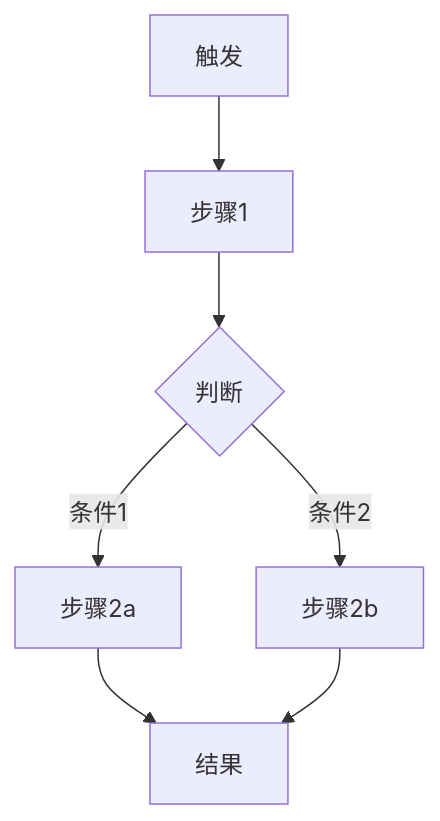
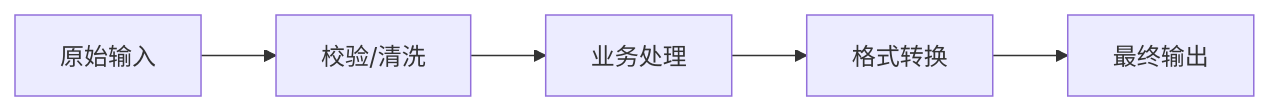
The third of 3 diagrams in mono-skills/code-analyzer/references/flow-template.md (monoyumono7-netizen/peizhi), drawn with Mermaid before and after one commit. The commit also changed other lines of this file and 20 other files, not shown here.

````diff
--- a/mono-skills/code-analyzer/references/flow-template.md
+++ b/mono-skills/code-analyzer/references/flow-template.md
@@ -20,9 +94,7 @@
 ```mermaid
-flowchart TD
-    A[触发] --> B[步骤1]
-    B --> C{判断}
-    C -->|条件1| D[步骤2a]
-    C -->|条件2| E[步骤2b]
-    D --> F[结果]
-    E --> F
+flowchart LR
+    A["原始输入"] --> B["校验/清洗"]
+    B --> C["业务处理"]
+    C --> D["格式转换"]
+    D --> E["最终输出"]
 ```
````
